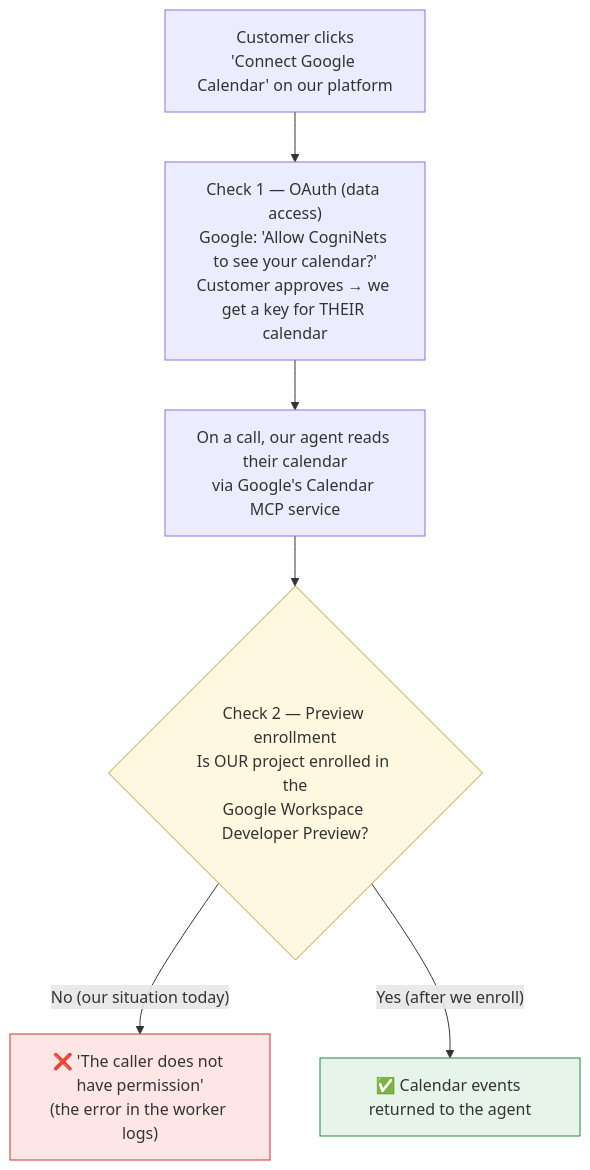
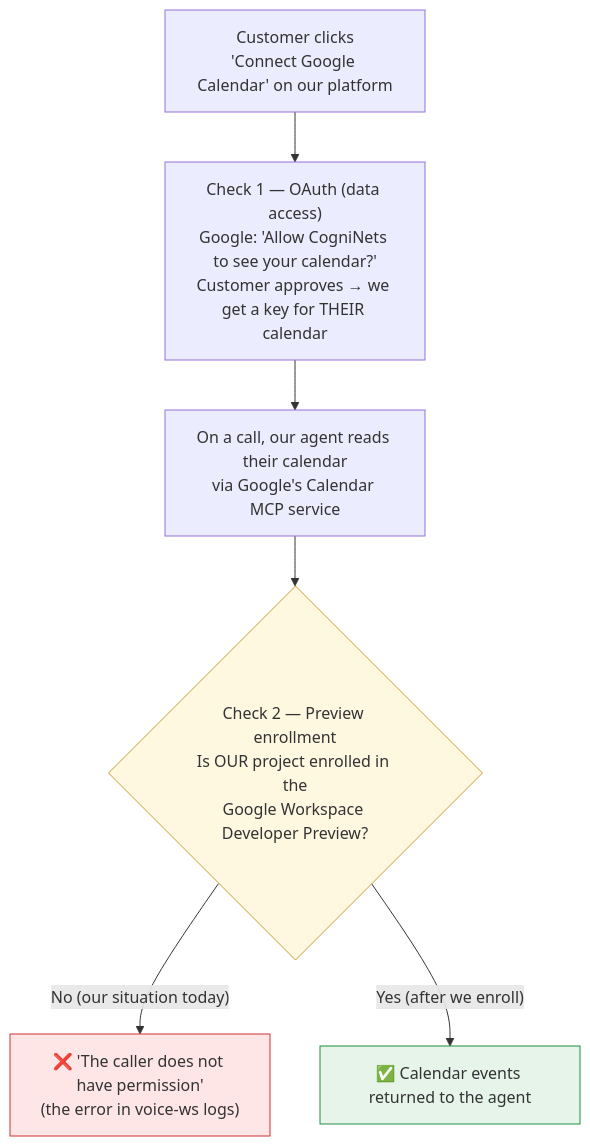
Before and after one commit to gauravdhiman/a1-voice-agent-platform: the second of 3 diagrams in docs/03_implementation/mcp_connector_access_model.md, drawn with Mermaid. The commit also changed other lines of this file and 163 other files, not shown here.

Commit message:
feat(voice): remove LiveKit worker; Pipecat voice-ws is the only voice runtime

````diff
--- a/docs/03_implementation/mcp_connector_access_model.md
+++ b/docs/03_implementation/mcp_connector_access_model.md
@@ -88,11 +88,11 @@
 ```mermaid
 flowchart TD
     A["Customer clicks<br/>'Connect Google Calendar' on our platform"] --> B["Check 1 — OAuth (data access)<br/>Google: 'Allow CogniNets to see your calendar?'<br/>Customer approves → we get a key for THEIR calendar"]
     B --> C["On a call, our agent reads their calendar<br/>via Google's Calendar MCP service"]
     C --> D{"Check 2 — Preview enrollment<br/>Is OUR project enrolled in the<br/>Google Workspace Developer Preview?"}
-    D -->|"No (our situation today)"| X["❌ 'The caller does not have permission'<br/>(the error in the worker logs)"]
+    D -->|"No (our situation today)"| X["❌ 'The caller does not have permission'<br/>(the error in voice-ws logs)"]
     D -->|"Yes (after we enroll)"| Y["✅ Calendar events returned to the agent"]
     style X fill:#ffe6e6,stroke:#c33
     style Y fill:#e6f4ea,stroke:#1e8e3e
     style D fill:#fff8e1,stroke:#c93
 ```
````
